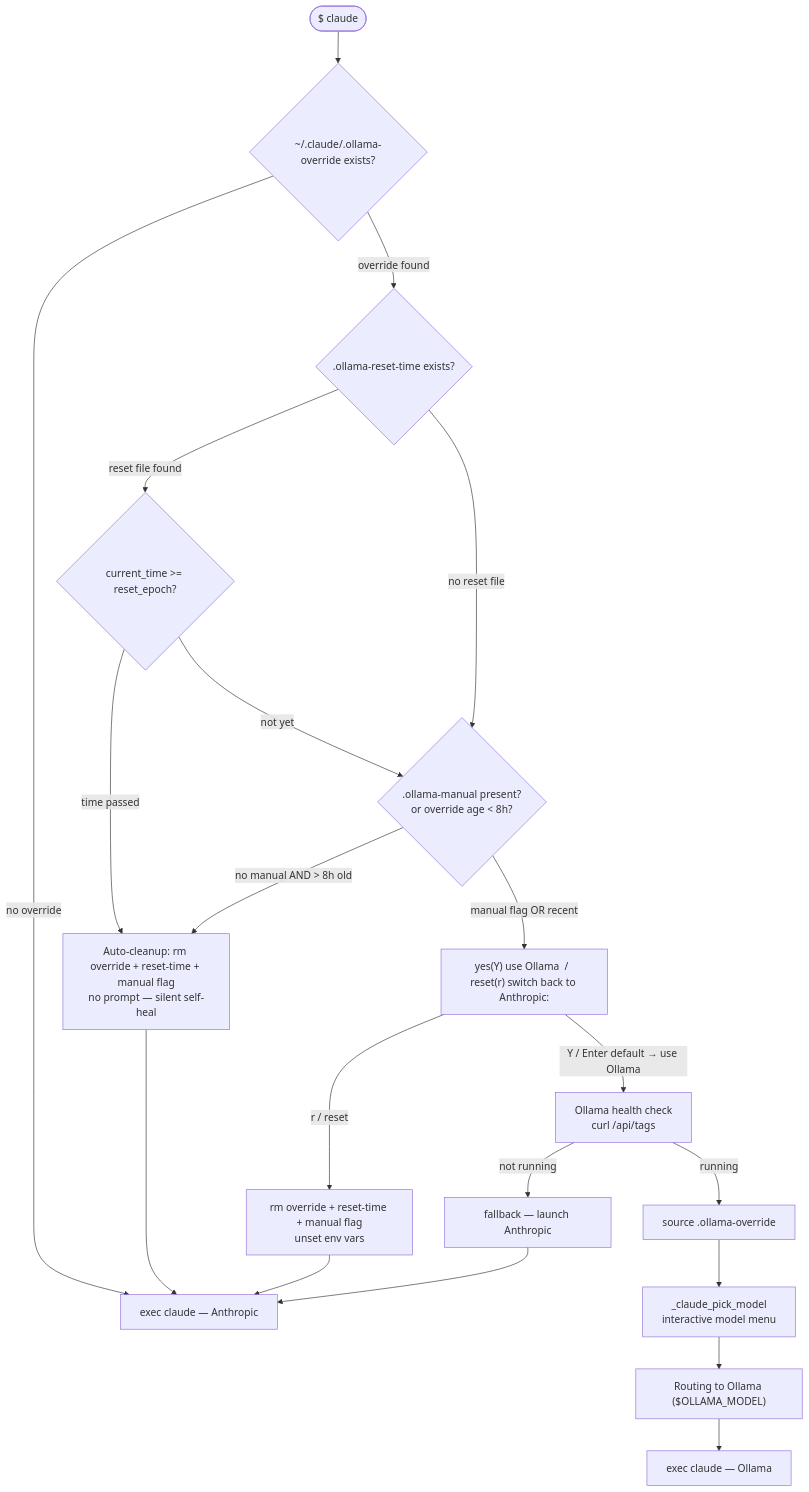
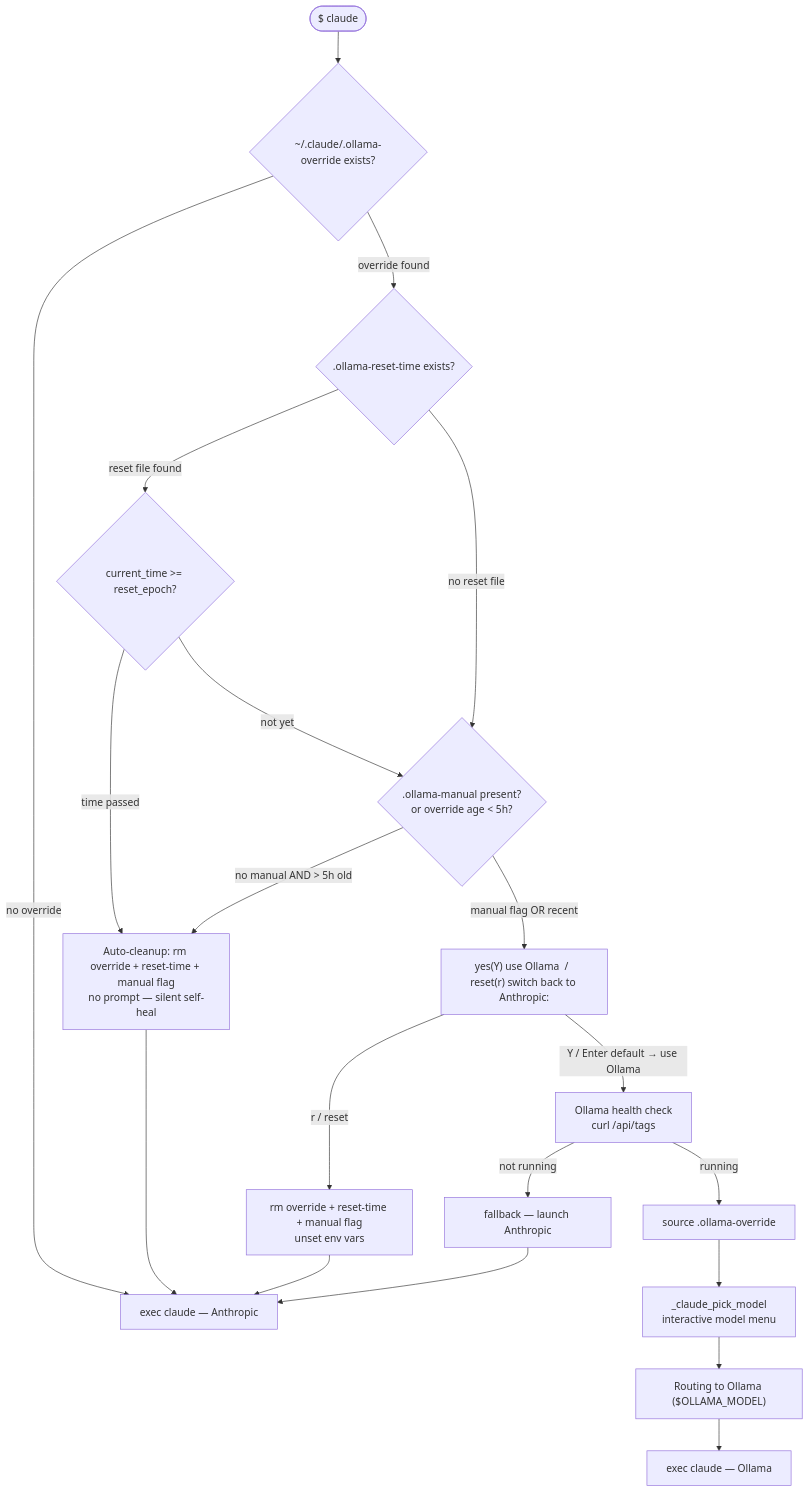
The seventh of 12 diagrams in LOCAL-MODEL-SWITCHOVER-DESIGN.md (indranildchandra/claude-local-starter), drawn with Mermaid before and after one commit. The commit also changed other lines of this file and 5 other files, not shown here.

````diff
--- a/LOCAL-MODEL-SWITCHOVER-DESIGN.md
+++ b/LOCAL-MODEL-SWITCHOVER-DESIGN.md
@@ -373,26 +373,26 @@
 ```mermaid
 flowchart TD
     START([$ claude]) --> CHK{~/.claude/.ollama-override exists?}
     CHK -- no override --> NORMAL[exec claude — Anthropic]
 
     CHK -- override found --> RST{.ollama-reset-time exists?}
     RST -- reset file found --> EPOCH{current_time >= reset_epoch?}
     EPOCH -- time passed --> AUTOCLEAN[Auto-cleanup: rm override + reset-time + manual flag\nno prompt — silent self-heal]
     AUTOCLEAN --> NORMAL
 
-    RST -- no reset file --> AGECHECK{.ollama-manual present?\nor override age < 8h?}
+    RST -- no reset file --> AGECHECK{.ollama-manual present?\nor override age < 5h?}
     EPOCH -- not yet --> AGECHECK
 
-    AGECHECK -- no manual AND > 8h old --> AUTOCLEAN
+    AGECHECK -- no manual AND > 5h old --> AUTOCLEAN
     AGECHECK -- manual flag OR recent --> PROMPT["yes(Y) use Ollama  /  reset(r) switch back to Anthropic:"]
 
     PROMPT -- r / reset --> CLEAN[rm override + reset-time + manual flag\nunset env vars]
     CLEAN --> NORMAL
     PROMPT -- Y / Enter default → use Ollama --> HC[Ollama health check\ncurl /api/tags]
     HC -- not running --> FALLBACK[fallback — launch Anthropic]
     FALLBACK --> NORMAL
     HC -- running --> SRC[source .ollama-override]
     SRC --> PICK[_claude_pick_model\ninteractive model menu]
     PICK --> LAUNCH["Routing to Ollama ($OLLAMA_MODEL)"]
     LAUNCH --> NORMAL2[exec claude — Ollama]
 ```
````
